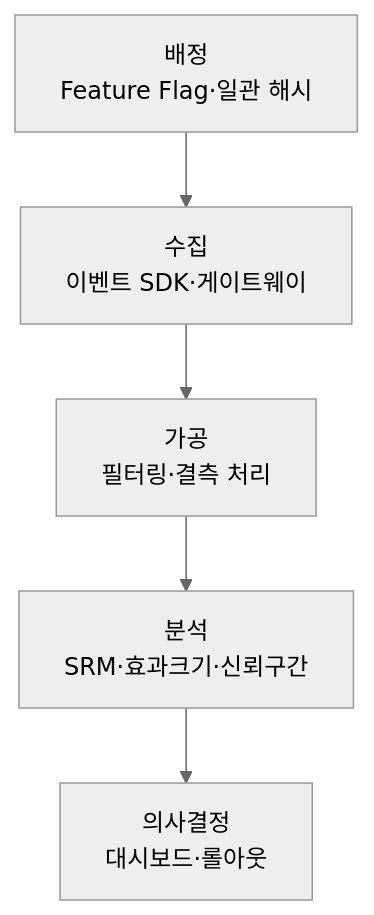
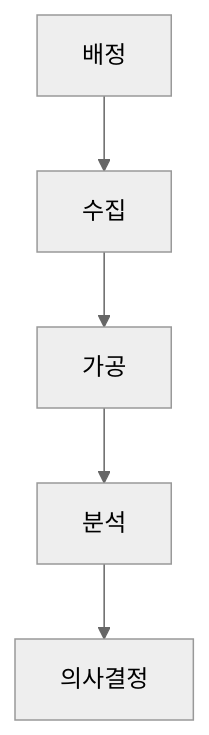
Before and after one commit to agnusdei1207/study: the second of 3 diagrams in src/content/docs/notes/itpe/01-it-strategy/029_ab_testing.md, drawn with Mermaid (neutral theme). The commit also changed other lines of this file and 19 other files, not shown here.

````diff
--- a/src/content/docs/notes/itpe/01-it-strategy/029_ab_testing.md
+++ b/src/content/docs/notes/itpe/01-it-strategy/029_ab_testing.md
@@ -68,7 +68,7 @@
 ```mermaid
 flowchart TD
-    A["배정<br/>Feature Flag·일관 해시"] --> B["수집<br/>이벤트 SDK·게이트웨이"]
-    B --> C["가공<br/>필터링·결측 처리"]
-    C --> D["분석<br/>SRM·효과크기·신뢰구간"]
-    D --> E["의사결정<br/>대시보드·롤아웃"]
+    A["배정"] --> B["수집"]
+    B --> C["가공"]
+    C --> D["분석"]
+    D --> E["의사결정"]
 ```
````
